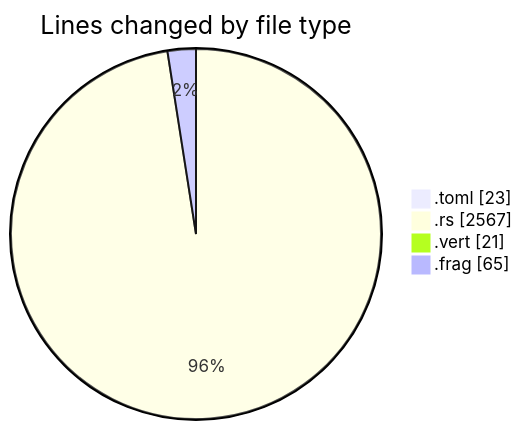
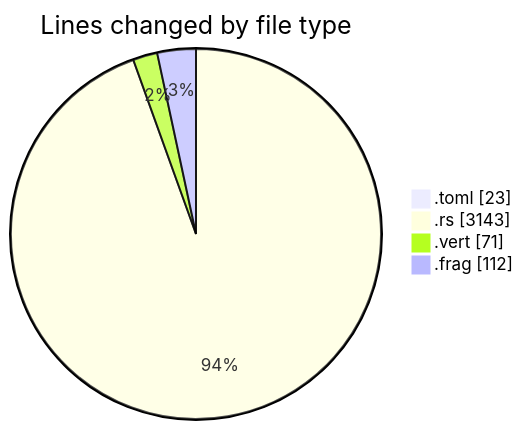
Before and after one commit to ernivani/code-tracking: the first of 2 diagrams in 2025-01-02/3drust/README.md, drawn with Mermaid. The commit also changed other lines of this file and 2 other files, not shown here.

````diff
--- a/2025-01-02/3drust/README.md
+++ b/2025-01-02/3drust/README.md
@@ -25,8 +27,8 @@
 ```mermaid
 pie showData
 title Lines changed by file type
 ".toml" : 23
-".rs" : 2567
-".vert" : 21
-".frag" : 65
+".rs" : 3143
+".vert" : 71
+".frag" : 112
 ```
````
